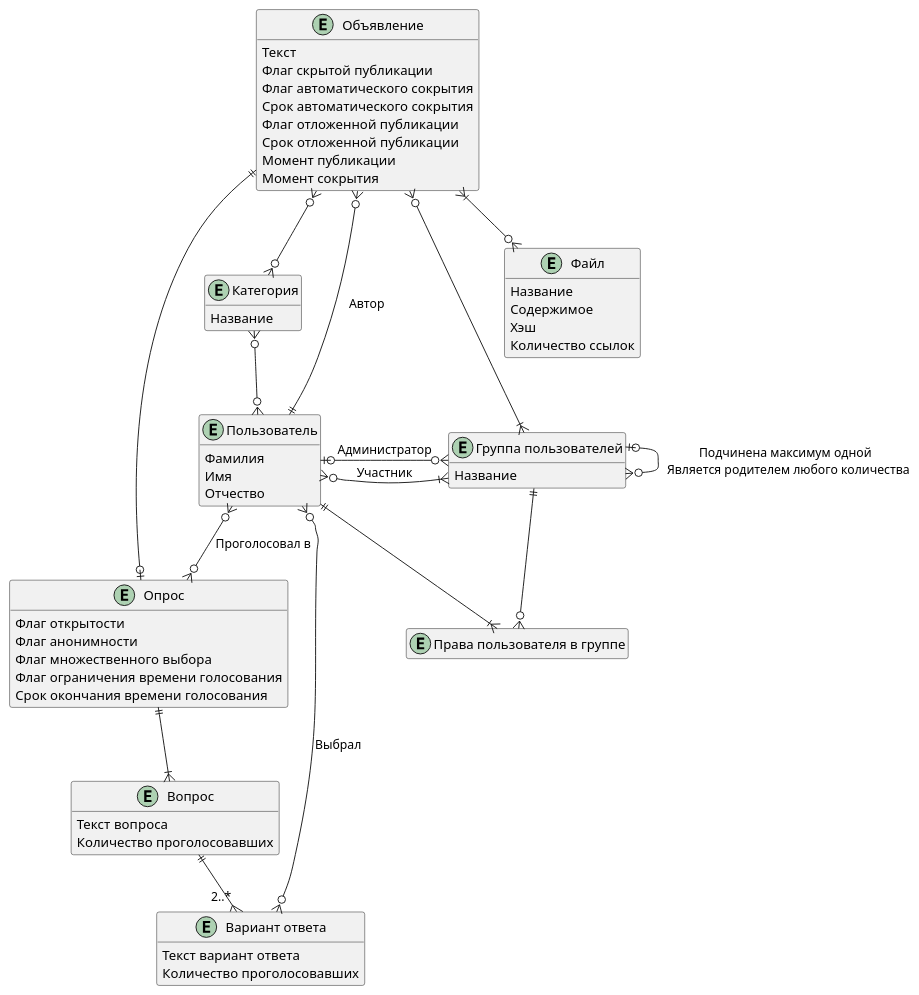
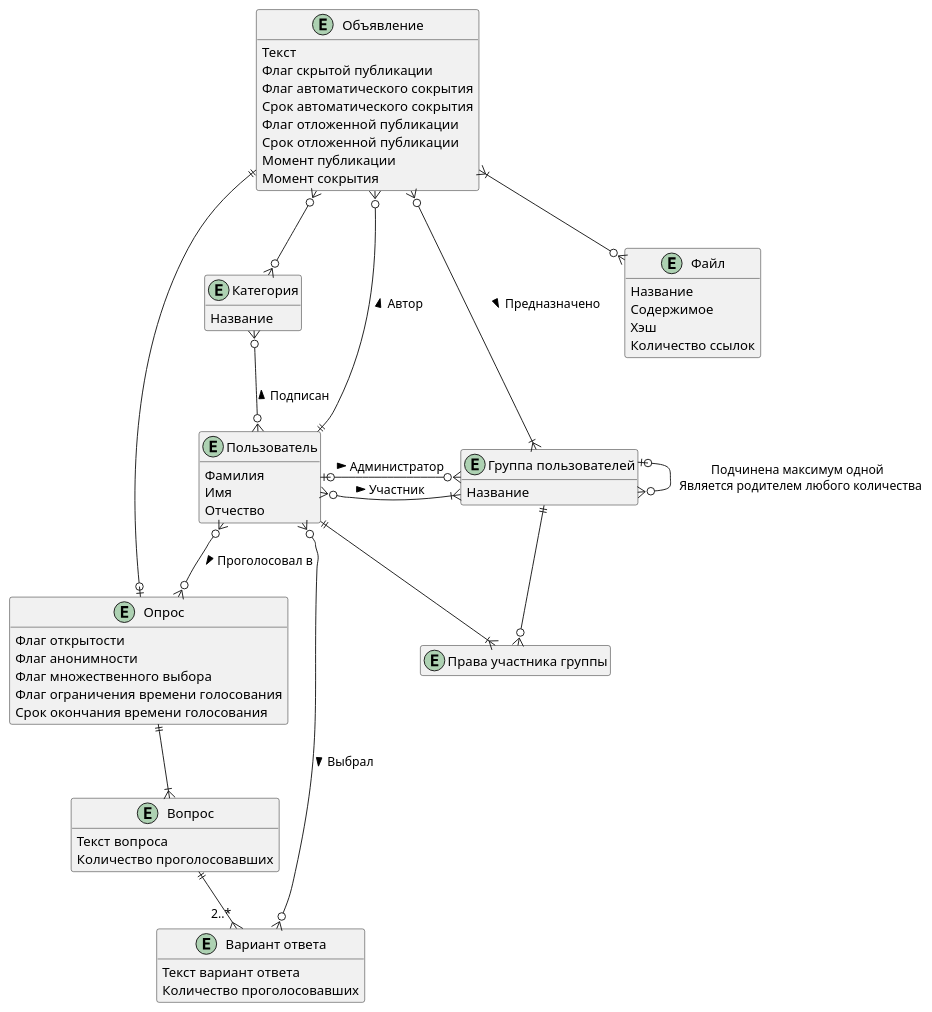
The diagram in doc/Диаграммы/er.puml (astu-app/ASTU-Bulletin-Board-Server), drawn with PlantUML before and after one commit.

Commit message:
добавил комментарии к некоторым связям

```diff
--- a/doc/Диаграммы/er.puml
+++ b/doc/Диаграммы/er.puml
@@ -1,76 +1,76 @@
 @startuml
 'https://plantuml.com/class-diagram
 
 hide methods
 
 entity "Пользователь" as user {
     Фамилия
     Имя
     Отчество
 }
 
 entity "Объявление" as announcement { 
     Текст
     Флаг скрытой публикации
     Флаг автоматического сокрытия
     Срок автоматического сокрытия
     Флаг отложенной публикации
     Срок отложенной публикации
     Момент публикации
     Момент сокрытия
 }
-announcement }o--|| user : Автор
+announcement }o--|| user : < Автор
 
 entity "Категория" as category {
     Название
 }
 announcement }o--o{ category
-user }o-up-o{ category
+user }o-up-o{ category : > Подписан
 
 entity "Файл" as attachedFile { 
     Название
     Содержимое
     Хэш
     Количество ссылок
 }
 announcement }|--o{ attachedFile
 
 entity "Опрос" as survey {
     Флаг открытости
     Флаг анонимности
     Флаг множественного выбора
     Флаг ограничения времени голосования
     Срок окончания времени голосования
 }
 announcement ||--o| survey
-user }o--o{ survey : Проголосовал в
+user }o--o{ survey : > Проголосовал в
 
 entity "Вопрос" as question {
     Текст вопроса
     Количество проголосовавших
 }
 survey ||--|{ question
 
 entity "Вариант ответа" as answer {
     Текст вариант ответа
     Количество проголосовавших
 }
 question ||--{ "2..*" answer
-user }o--o{ answer : Выбрал
+user }o--o{ answer : > Выбрал
 
 entity "Группа пользователей" as userGroup { 
     Название
 }
-announcement }o--|{ userGroup
-user }o--|{ userGroup : Участник
-user |o-right-o{ userGroup : Администратор
+announcement }o--|{ userGroup : > Предназначено
+user }o--|{ userGroup : > Участник
+user |o-right-o{ userGroup : > Администратор
 userGroup |o--o{ userGroup : Подчинена максимум одной \n Является родителем любого количества
 
-entity "Права пользователя в группе" as userRightsInGroup {}
-hide userRightsInGroup members
-user ||--|{ userRightsInGroup
-userGroup ||--o{ userRightsInGroup
+entity "Права участника группы" as memberRights {}
+hide memberRights members
+user ||--|{ memberRights
+userGroup ||--o{ memberRights
 
 
 
 @enduml
```
